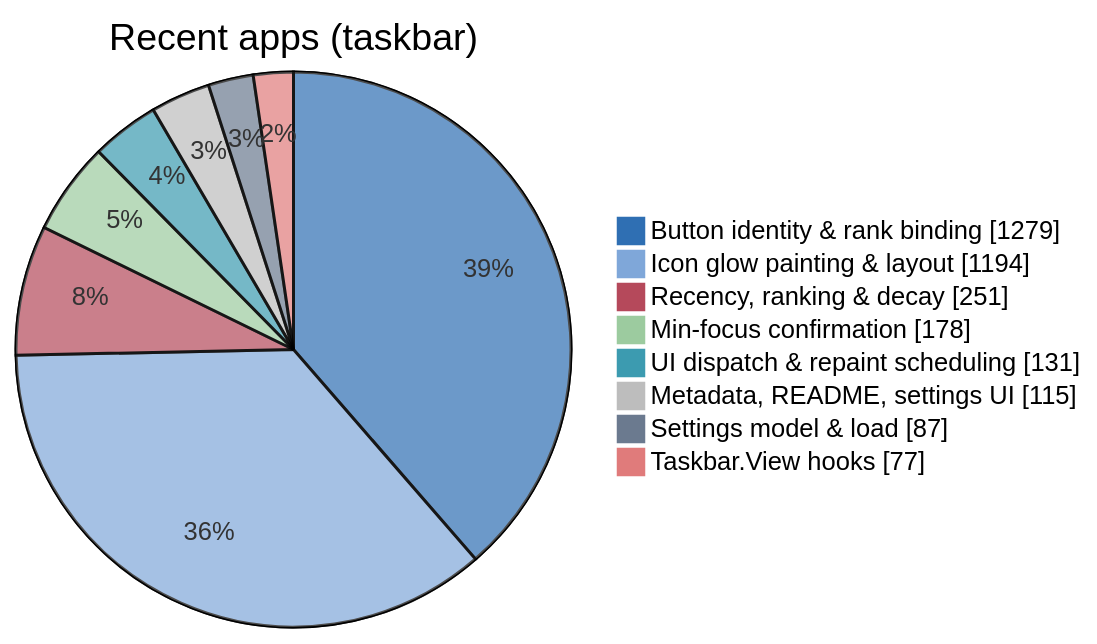
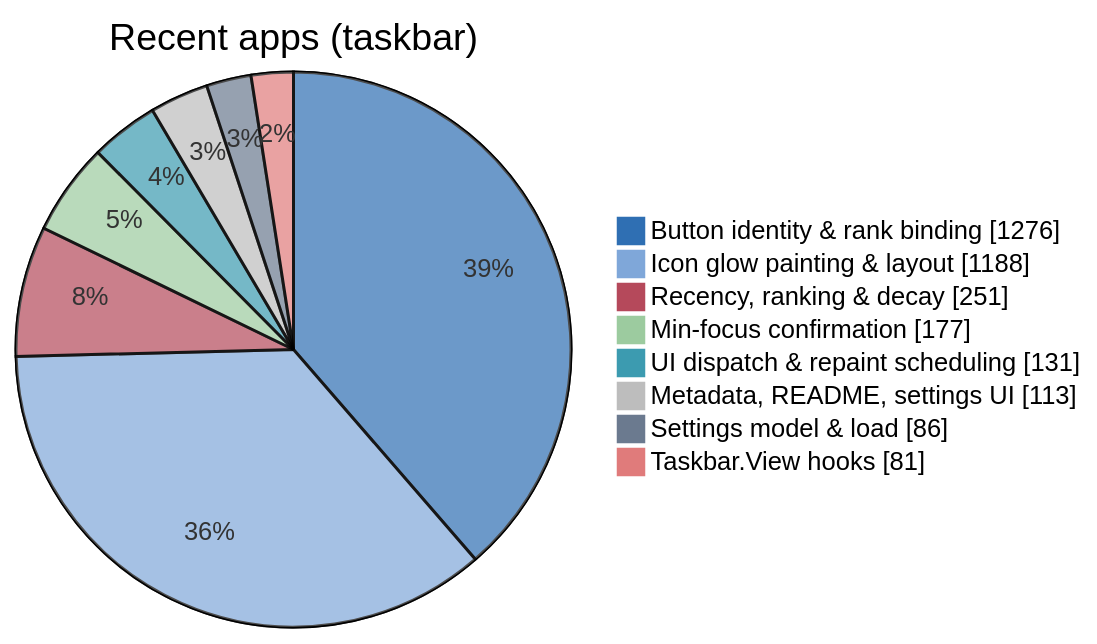
The third of 5 diagrams in doc/code/code-breakdown.md (jvlasek/taskbar-recent-focus-highlight), drawn with Mermaid before and after one commit. The commit also changed other lines of this file and 12 other files, not shown here.

````diff
--- a/doc/code/code-breakdown.md
+++ b/doc/code/code-breakdown.md
@@ -119,12 +119,12 @@
 ```mermaid
 %%{init: {"themeVariables": {"pie1": "#2F6FB3", "pie2": "#7FA7D9", "pie3": "#B5495B", "pie4": "#9CCB9F", "pie5": "#3C9BB0", "pie6": "#BDBDBD", "pie7": "#6B7A8F", "pie8": "#E07B7B", "pieOuterStrokeWidth": "1px"}}}%%
 pie showData title Recent apps (taskbar)
-    "Button identity & rank binding" : 1279
-    "Icon glow painting & layout" : 1194
+    "Button identity & rank binding" : 1276
+    "Icon glow painting & layout" : 1188
     "Recency, ranking & decay" : 251
-    "Min-focus confirmation" : 178
+    "Min-focus confirmation" : 177
     "UI dispatch & repaint scheduling" : 131
-    "Metadata, README, settings UI" : 115
-    "Settings model & load" : 87
-    "Taskbar.View hooks" : 77
+    "Metadata, README, settings UI" : 113
+    "Settings model & load" : 86
+    "Taskbar.View hooks" : 81
 ```
````
